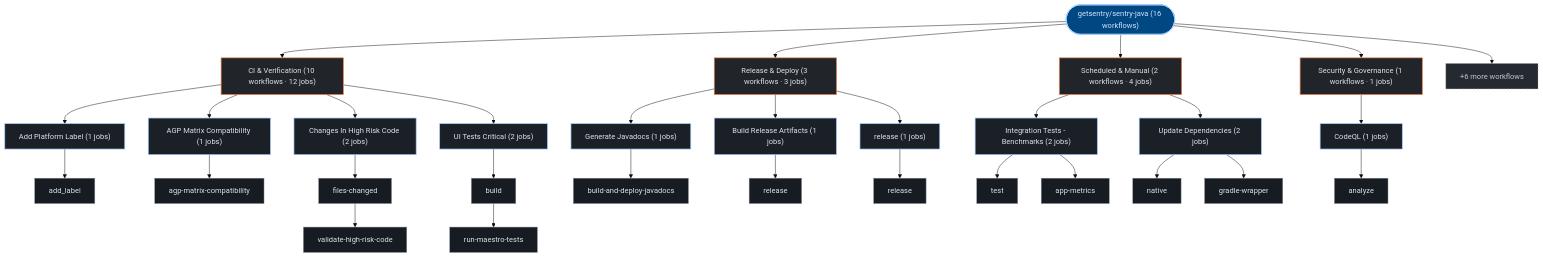
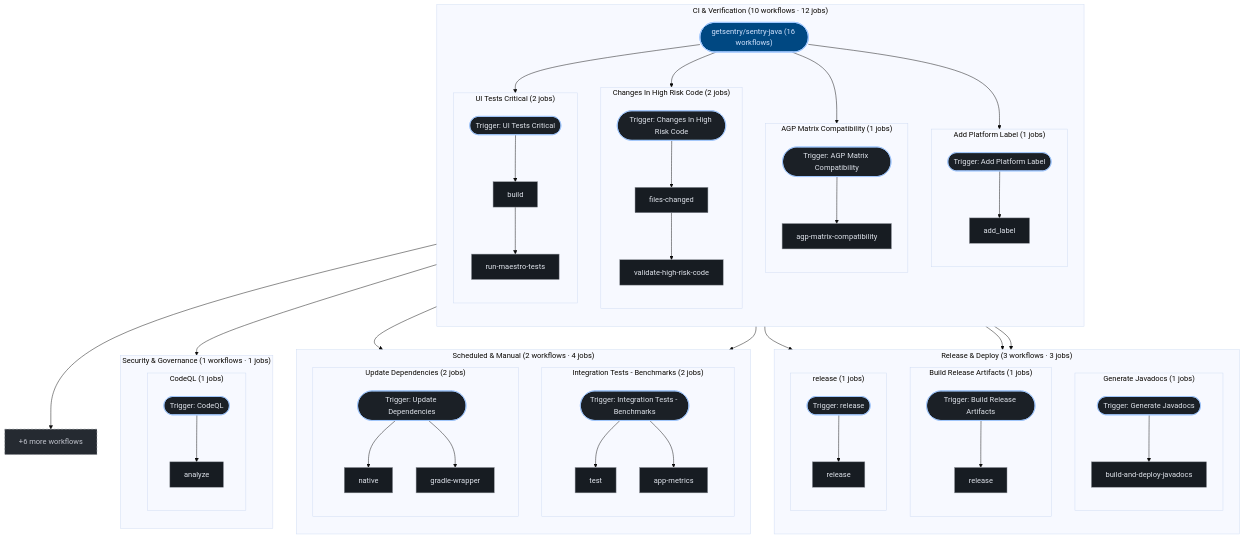
Before and after one commit to kumarshaz/atruss-code-atlas: the third of 3 diagrams in exports/latest/reports/getsentry-sentry-java-report.md, drawn with Mermaid (base theme). The commit also changed 181 other files, not shown here.

````diff
--- a/exports/latest/reports/getsentry-sentry-java-report.md
+++ b/exports/latest/reports/getsentry-sentry-java-report.md
@@ -271,62 +271,96 @@
   classDef atlasAlert fill:#93000a,stroke:#ffb4ab,stroke-width:1.5px,color:#ffdad6
   classDef atlasMore fill:#252a31,stroke:#8d9199,stroke-dasharray:4 4,color:#c3c6cf
   pipeline_root(["getsentry/sentry-java (16 workflows)"]):::atlasRoot
-  grp_0_CI___Verification["CI & Verification (10 workflows · 12 jobs)"]:::atlasCategory
-  pipeline_root --> grp_0_CI___Verification
-  wf_0_Add_Platform_Label["Add Platform Label (1 jobs)"]:::atlasWorkflow
-  grp_0_CI___Verification --> wf_0_Add_Platform_Label
-  job_0_add_label["add_label"]:::atlasJob
-  wf_0_Add_Platform_Label --> job_0_add_label
-  wf_1_AGP_Matrix_Compatibility["AGP Matrix Compatibility (1 jobs)"]:::atlasWorkflow
-  grp_0_CI___Verification --> wf_1_AGP_Matrix_Compatibility
-  job_1_agp_matrix_compatibility["agp-matrix-compatibility"]:::atlasJob
-  wf_1_AGP_Matrix_Compatibility --> job_1_agp_matrix_compatibility
-  wf_3_Changes_In_High_Risk_Code["Changes In High Risk Code (2 jobs)"]:::atlasWorkflow
-  grp_0_CI___Verification --> wf_3_Changes_In_High_Risk_Code
-  job_3_files_changed["files-changed"]:::atlasJob
-  job_3_validate_high_risk_code["validate-high-risk-code"]:::atlasJob
-  wf_3_Changes_In_High_Risk_Code --> job_3_files_changed
-  job_3_files_changed --> job_3_validate_high_risk_code
-  wf_10_UI_Tests_Critical["UI Tests Critical (2 jobs)"]:::atlasWorkflow
-  grp_0_CI___Verification --> wf_10_UI_Tests_Critical
-  job_10_build["build"]:::atlasJob
-  job_10_run_maestro_tests["run-maestro-tests"]:::atlasJob
-  wf_10_UI_Tests_Critical --> job_10_build
-  job_10_build --> job_10_run_maestro_tests
-  grp_1_Release___Deploy["Release & Deploy (3 workflows · 3 jobs)"]:::atlasCategory
-  pipeline_root --> grp_1_Release___Deploy
-  wf_8_Generate_Javadocs["Generate Javadocs (1 jobs)"]:::atlasWorkflow
-  grp_1_Release___Deploy --> wf_8_Generate_Javadocs
-  job_8_build_and_deploy_javadocs["build-and-deploy-javadocs"]:::atlasJob
-  wf_8_Generate_Javadocs --> job_8_build_and_deploy_javadocs
-  wf_12_Build_Release_Artifacts["Build Release Artifacts (1 jobs)"]:::atlasWorkflow
-  grp_1_Release___Deploy --> wf_12_Build_Release_Artifacts
-  job_12_release["release"]:::atlasJob
-  wf_12_Build_Release_Artifacts --> job_12_release
-  wf_13_release["release (1 jobs)"]:::atlasWorkflow
-  grp_1_Release___Deploy --> wf_13_release
-  job_13_release["release"]:::atlasJob
-  wf_13_release --> job_13_release
-  grp_2_Scheduled___Manual["Scheduled & Manual (2 workflows · 4 jobs)"]:::atlasCategory
-  pipeline_root --> grp_2_Scheduled___Manual
-  wf_9_Integration_Tests___Benchmarks["Integration Tests - Benchmarks (2 jobs)"]:::atlasWorkflow
-  grp_2_Scheduled___Manual --> wf_9_Integration_Tests___Benchmarks
-  job_9_test["test"]:::atlasJob
-  job_9_app_metrics["app-metrics"]:::atlasJob
-  wf_9_Integration_Tests___Benchmarks --> job_9_test
-  wf_9_Integration_Tests___Benchmarks --> job_9_app_metrics
-  wf_15_Update_Dependencies["Update Dependencies (2 jobs)"]:::atlasWorkflow
-  grp_2_Scheduled___Manual --> wf_15_Update_Dependencies
-  job_15_native["native"]:::atlasJob
-  job_15_gradle_wrapper["gradle-wrapper"]:::atlasJob
-  wf_15_Update_Dependencies --> job_15_native
-  wf_15_Update_Dependencies --> job_15_gradle_wrapper
-  grp_3_Security___Governance["Security & Governance (1 workflows · 1 jobs)"]:::atlasCategory
-  pipeline_root --> grp_3_Security___Governance
-  wf_4_CodeQL["CodeQL (1 jobs)"]:::atlasWorkflow
-  grp_3_Security___Governance --> wf_4_CodeQL
-  job_4_analyze["analyze"]:::atlasJob
-  wf_4_CodeQL --> job_4_analyze
+  subgraph sg_grp_0_CI___Verification["CI & Verification (10 workflows · 12 jobs)"]
+    direction TB
+    subgraph sg_wf_0_Add_Platform_Label["Add Platform Label (1 jobs)"]
+      direction TB
+      wf_0_Add_Platform_Label(["Trigger: Add Platform Label"]):::atlasWorkflow
+      job_0_add_label["add_label"]:::atlasJob
+      wf_0_Add_Platform_Label --> job_0_add_label
+    end
+    pipeline_root --> wf_0_Add_Platform_Label
+    subgraph sg_wf_1_AGP_Matrix_Compatibility["AGP Matrix Compatibility (1 jobs)"]
+      direction TB
+      wf_1_AGP_Matrix_Compatibility(["Trigger: AGP Matrix Compatibility"]):::atlasWorkflow
+      job_1_agp_matrix_compatibility["agp-matrix-compatibility"]:::atlasJob
+      wf_1_AGP_Matrix_Compatibility --> job_1_agp_matrix_compatibility
+    end
+    pipeline_root --> wf_1_AGP_Matrix_Compatibility
+    subgraph sg_wf_3_Changes_In_High_Risk_Code["Changes In High Risk Code (2 jobs)"]
+      direction TB
+      wf_3_Changes_In_High_Risk_Code(["Trigger: Changes In High Risk Code"]):::atlasWorkflow
+      job_3_files_changed["files-changed"]:::atlasJob
+      job_3_validate_high_risk_code["validate-high-risk-code"]:::atlasJob
+      wf_3_Changes_In_High_Risk_Code --> job_3_files_changed
+      job_3_files_changed --> job_3_validate_high_risk_code
+    end
+    pipeline_root --> wf_3_Changes_In_High_Risk_Code
+    subgraph sg_wf_10_UI_Tests_Critical["UI Tests Critical (2 jobs)"]
+      direction TB
+      wf_10_UI_Tests_Critical(["Trigger: UI Tests Critical"]):::atlasWorkflow
+      job_10_build["build"]:::atlasJob
+      job_10_run_maestro_tests["run-maestro-tests"]:::atlasJob
+      wf_10_UI_Tests_Critical --> job_10_build
+      job_10_build --> job_10_run_maestro_tests
+    end
+    pipeline_root --> wf_10_UI_Tests_Critical
+  end
+  subgraph sg_grp_1_Release___Deploy["Release & Deploy (3 workflows · 3 jobs)"]
+    direction TB
+    subgraph sg_wf_8_Generate_Javadocs["Generate Javadocs (1 jobs)"]
+      direction TB
+      wf_8_Generate_Javadocs(["Trigger: Generate Javadocs"]):::atlasWorkflow
+      job_8_build_and_deploy_javadocs["build-and-deploy-javadocs"]:::atlasJob
+      wf_8_Generate_Javadocs --> job_8_build_and_deploy_javadocs
+    end
+    pipeline_root --> wf_8_Generate_Javadocs
+    subgraph sg_wf_12_Build_Release_Artifacts["Build Release Artifacts (1 jobs)"]
+      direction TB
+      wf_12_Build_Release_Artifacts(["Trigger: Build Release Artifacts"]):::atlasWorkflow
+      job_12_release["release"]:::atlasJob
+      wf_12_Build_Release_Artifacts --> job_12_release
+    end
+    pipeline_root --> wf_12_Build_Release_Artifacts
+    subgraph sg_wf_13_release["release (1 jobs)"]
+      direction TB
+      wf_13_release(["Trigger: release"]):::atlasWorkflow
+      job_13_release["release"]:::atlasJob
+      wf_13_release --> job_13_release
+    end
+    pipeline_root --> wf_13_release
+  end
+  subgraph sg_grp_2_Scheduled___Manual["Scheduled & Manual (2 workflows · 4 jobs)"]
+    direction TB
+    subgraph sg_wf_9_Integration_Tests___Benchmarks["Integration Tests - Benchmarks (2 jobs)"]
+      direction TB
+      wf_9_Integration_Tests___Benchmarks(["Trigger: Integration Tests - Benchmarks"]):::atlasWorkflow
+      job_9_test["test"]:::atlasJob
+      job_9_app_metrics["app-metrics"]:::atlasJob
+      wf_9_Integration_Tests___Benchmarks --> job_9_test
+      wf_9_Integration_Tests___Benchmarks --> job_9_app_metrics
+    end
+    pipeline_root --> wf_9_Integration_Tests___Benchmarks
+    subgraph sg_wf_15_Update_Dependencies["Update Dependencies (2 jobs)"]
+      direction TB
+      wf_15_Update_Dependencies(["Trigger: Update Dependencies"]):::atlasWorkflow
+      job_15_native["native"]:::atlasJob
+      job_15_gradle_wrapper["gradle-wrapper"]:::atlasJob
+      wf_15_Update_Dependencies --> job_15_native
+      wf_15_Update_Dependencies --> job_15_gradle_wrapper
+    end
+    pipeline_root --> wf_15_Update_Dependencies
+  end
+  subgraph sg_grp_3_Security___Governance["Security & Governance (1 workflows · 1 jobs)"]
+    direction TB
+    subgraph sg_wf_4_CodeQL["CodeQL (1 jobs)"]
+      direction TB
+      wf_4_CodeQL(["Trigger: CodeQL"]):::atlasWorkflow
+      job_4_analyze["analyze"]:::atlasJob
+      wf_4_CodeQL --> job_4_analyze
+    end
+    pipeline_root --> wf_4_CodeQL
+  end
   wf_more["+6 more workflows"]:::atlasMore
   pipeline_root --> wf_more
 ```
````
